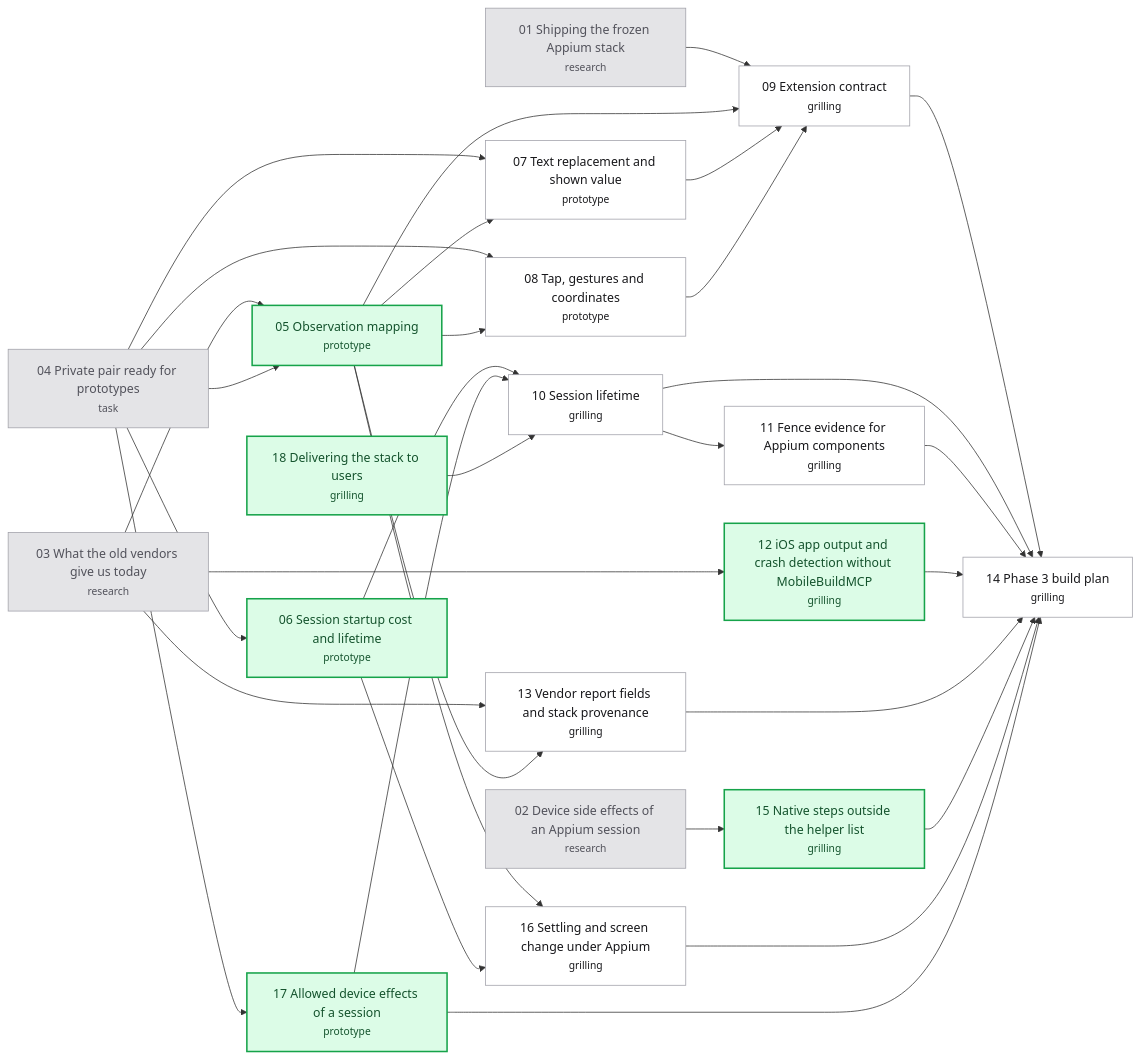
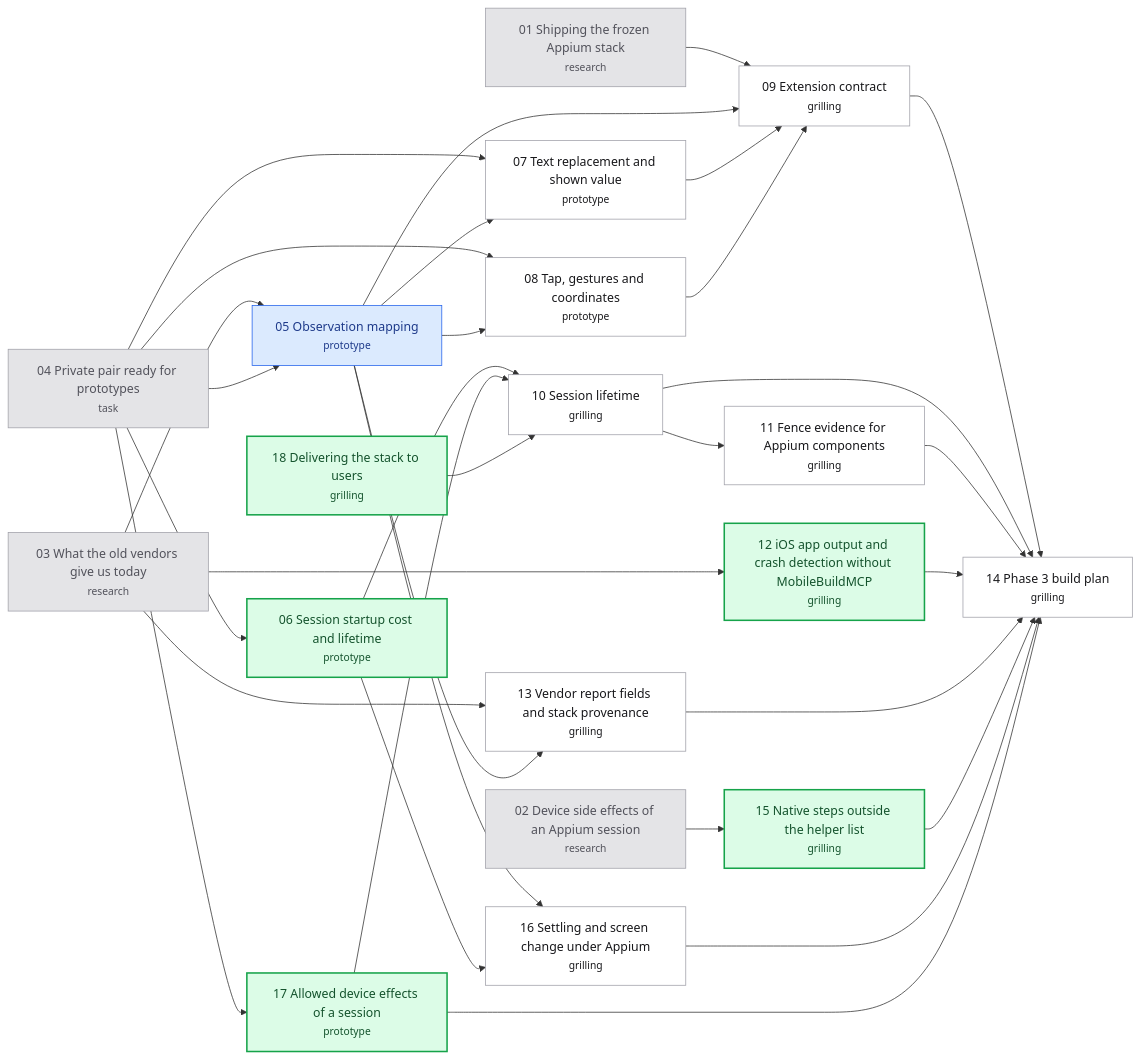
The diagram in .scratch/appium-phase3/map.md (hugues-vnsgn/jev-ios-bridge), drawn with Mermaid before and after one commit. The commit also changed 1 other file, not shown here.

Commit message:
docs(appium-phase3): claim Observation mapping

````diff
--- a/.scratch/appium-phase3/map.md
+++ b/.scratch/appium-phase3/map.md
@@ -76,58 +76,59 @@
 ```mermaid
 flowchart LR
     T01["01 Shipping the frozen Appium stack<br/><small>research</small>"]
     T02["02 Device side effects of an Appium session<br/><small>research</small>"]
     T03["03 What the old vendors give us today<br/><small>research</small>"]
     T04["04 Private pair ready for prototypes<br/><small>task</small>"]
     T05["05 Observation mapping<br/><small>prototype</small>"]
     T06["06 Session startup cost and lifetime<br/><small>prototype</small>"]
     T07["07 Text replacement and shown value<br/><small>prototype</small>"]
     T08["08 Tap, gestures and coordinates<br/><small>prototype</small>"]
     T09["09 Extension contract<br/><small>grilling</small>"]
     T10["10 Session lifetime<br/><small>grilling</small>"]
     T11["11 Fence evidence for Appium components<br/><small>grilling</small>"]
     T12["12 iOS app output and crash detection without MobileBuildMCP<br/><small>grilling</small>"]
     T13["13 Vendor report fields and stack provenance<br/><small>grilling</small>"]
     T14["14 Phase 3 build plan<br/><small>grilling</small>"]
     T15["15 Native steps outside the helper list<br/><small>grilling</small>"]
     T16["16 Settling and screen change under Appium<br/><small>grilling</small>"]
     T17["17 Allowed device effects of a session<br/><small>prototype</small>"]
     T18["18 Delivering the stack to users<br/><small>grilling</small>"]
     T03 --> T05
     T04 --> T05
     T04 --> T06
     T04 --> T07
     T05 --> T07
     T04 --> T08
     T05 --> T08
     T01 --> T09
     T05 --> T09
     T07 --> T09
     T08 --> T09
     T06 --> T10
     T17 --> T10
     T18 --> T10
     T10 --> T11
     T03 --> T12
     T03 --> T13
     T05 --> T13
     T09 --> T14
     T10 --> T14
     T11 --> T14
     T12 --> T14
     T13 --> T14
     T15 --> T14
     T16 --> T14
     T17 --> T14
     T02 --> T15
     T05 --> T16
     T06 --> T16
     T04 --> T17
     classDef resolved fill:#e4e4e7,stroke:#a1a1aa,color:#52525b
     classDef claimed fill:#dbeafe,stroke:#2563eb,color:#1e3a8a
     classDef frontier fill:#dcfce7,stroke:#16a34a,color:#14532d,stroke-width:2px
     classDef blocked fill:#ffffff,stroke:#a1a1aa,color:#18181b
     class T01,T02,T03,T04 resolved
-    class T05,T06,T12,T15,T17,T18 frontier
+    class T05 claimed
+    class T06,T12,T15,T17,T18 frontier
     class T07,T08,T09,T10,T11,T13,T14,T16 blocked
 ```
````
